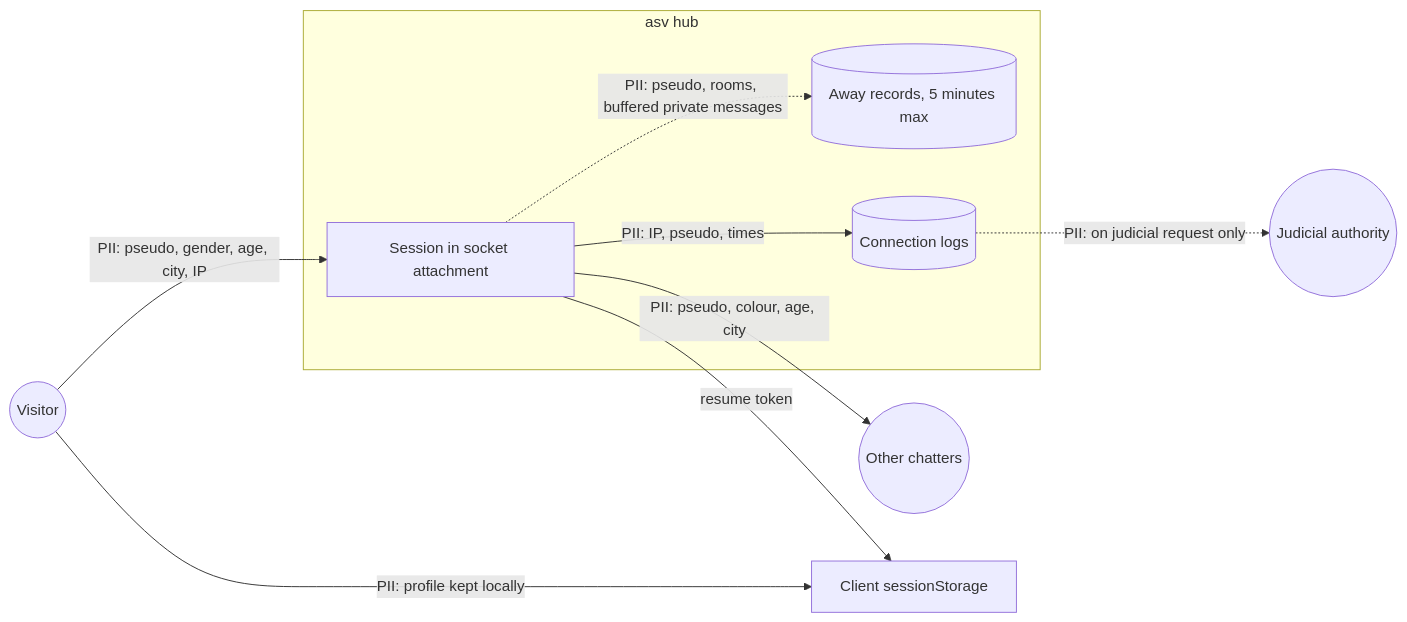
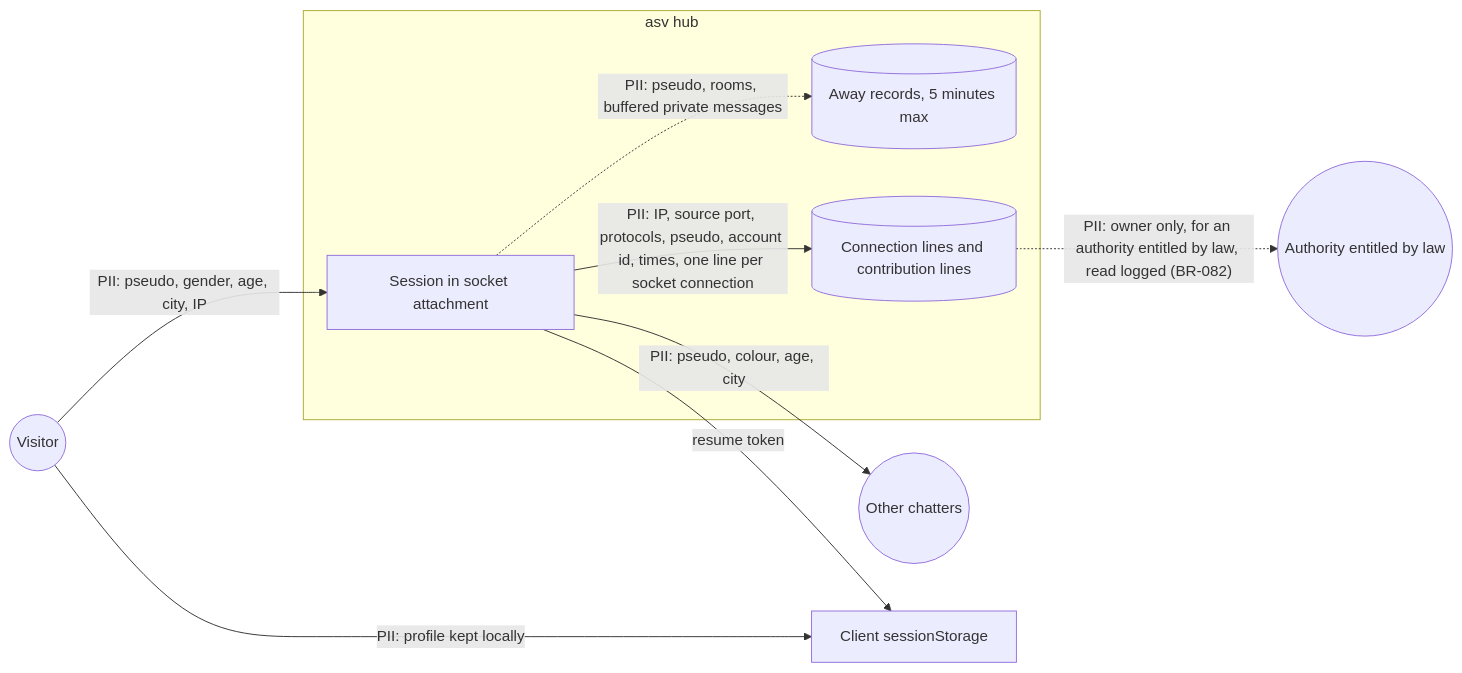
Before and after one commit to benoit-bremaud/asv: the diagram in docs/architecture/diagrams/entry/06-data-flow.md, drawn with Mermaid. The commit also changed other lines of this file and 41 other files, not shown here.

````diff
--- a/docs/architecture/diagrams/entry/06-data-flow.md
+++ b/docs/architecture/diagrams/entry/06-data-flow.md
@@ -13,19 +13,19 @@
 ```mermaid
 flowchart LR
   Visitor(("Visitor"))
   Others(("Other chatters"))
-  Authority(("Judicial authority"))
+  Authority(("Authority entitled by law"))
   subgraph asv ["asv hub"]
     Sess["Session in socket attachment"]
     Away[("Away records, 5 minutes max")]
-    Logs[("Connection logs")]
+    Logs[("Connection lines and contribution lines")]
   end
   Client["Client sessionStorage"]
   Visitor -->|"PII: pseudo, gender, age, city, IP"| Sess
-  Sess -->|"PII: IP, pseudo, times"| Logs
+  Sess -->|"PII: IP, source port, protocols, pseudo, account id, times, one line per socket connection"| Logs
   Sess -->|"resume token"| Client
   Visitor -->|"PII: profile kept locally"| Client
   Sess -->|"PII: pseudo, colour, age, city"| Others
   Sess -.->|"PII: pseudo, rooms, buffered private messages"| Away
-  Logs -.->|"PII: on judicial request only"| Authority
+  Logs -.->|"PII: owner only, for an authority entitled by law, read logged (BR-082)"| Authority
 ```
````
